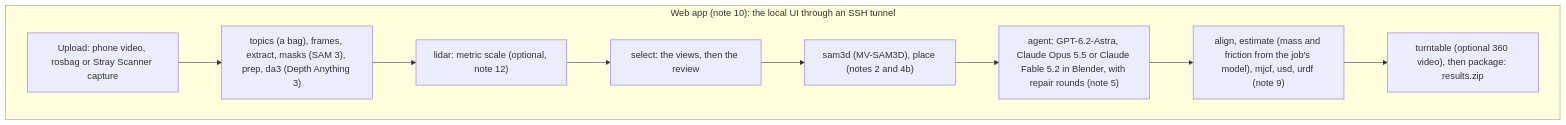
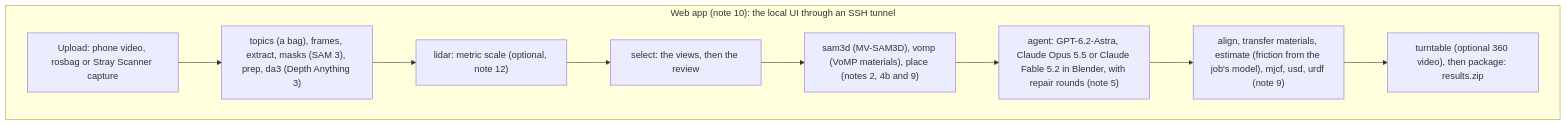
The diagram in docs/build_plan.md (lunarlab-gatech/HARPOR), drawn with Mermaid before and after one commit. The commit also changed other lines of this file and 42 other files, not shown here.

````diff
--- a/docs/build_plan.md
+++ b/docs/build_plan.md
@@ -85,14 +87,14 @@
 ```mermaid
 flowchart TB
   subgraph WEB["Web app (note 10): the local UI through an SSH tunnel"]
     input["Upload: phone video, rosbag or Stray Scanner capture"]
     analyze["topics (a bag), frames, extract, masks (SAM 3), prep, da3 (Depth Anything 3)"]
     lidar["lidar: metric scale (optional, note 12)"]
     select["select: the views, then the review"]
-    stageA["sam3d (MV-SAM3D), place (notes 2 and 4b)"]
+    stageA["sam3d (MV-SAM3D), vomp (VoMP materials), place (notes 2, 4b and 9)"]
     agent["agent: GPT-6.2-Astra, Claude Opus 5.5 or Claude Fable 5.2 in Blender, with repair rounds (note 5)"]
-    physics["align, estimate (mass and friction from the job's model), mjcf, usd, urdf (note 9)"]
+    physics["align, transfer materials, estimate (friction from the job's model), mjcf, usd, urdf (note 9)"]
     package["turntable (optional 360 video), then package: results.zip"]
   end
   input --> analyze --> lidar --> select --> stageA --> agent --> physics --> package
 ```
````
